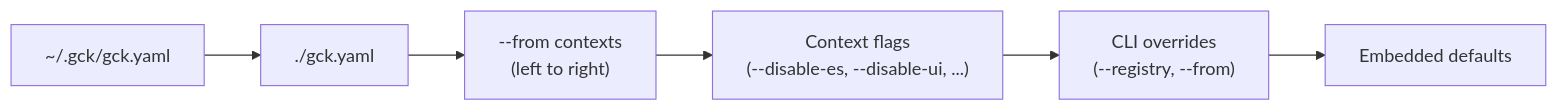
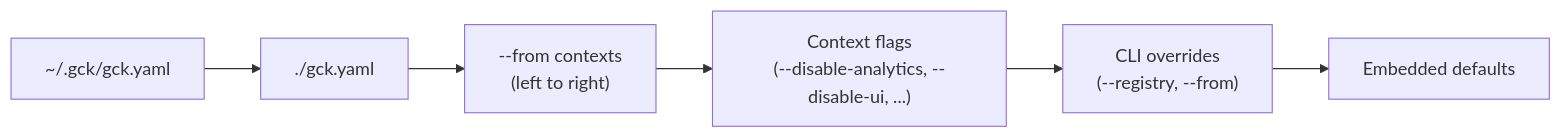
One commit to gravitee-io-labs/gck changed the second of 3 diagrams in site/content/docs/reference/architecture.md. Above: the diagram before and after it, drawn with Mermaid. The commit also changed other lines of this file and 180 other files, not shown here.

````diff
--- a/site/content/docs/reference/architecture.md
+++ b/site/content/docs/reference/architecture.md
@@ -56,8 +56,8 @@
 ```mermaid
 flowchart LR
     A["~/.gck/gck.yaml"] --> B["./gck.yaml"]
     B --> C["--from contexts\n(left to right)"]
-    C --> D["Context flags\n(--disable-es, --disable-ui, ...)"]
+    C --> D["Context flags\n(--disable-analytics, --disable-ui, ...)"]
     D --> E["CLI overrides\n(--registry, --from)"]
     E --> F["Embedded defaults"]
 ```
````
